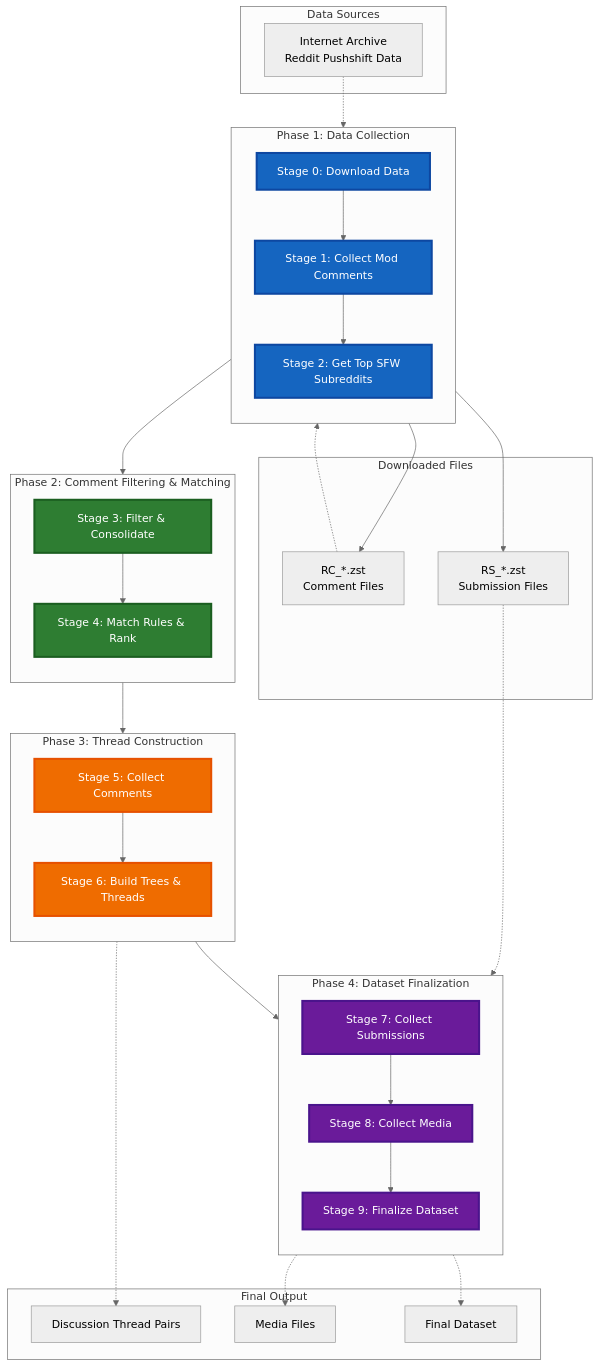
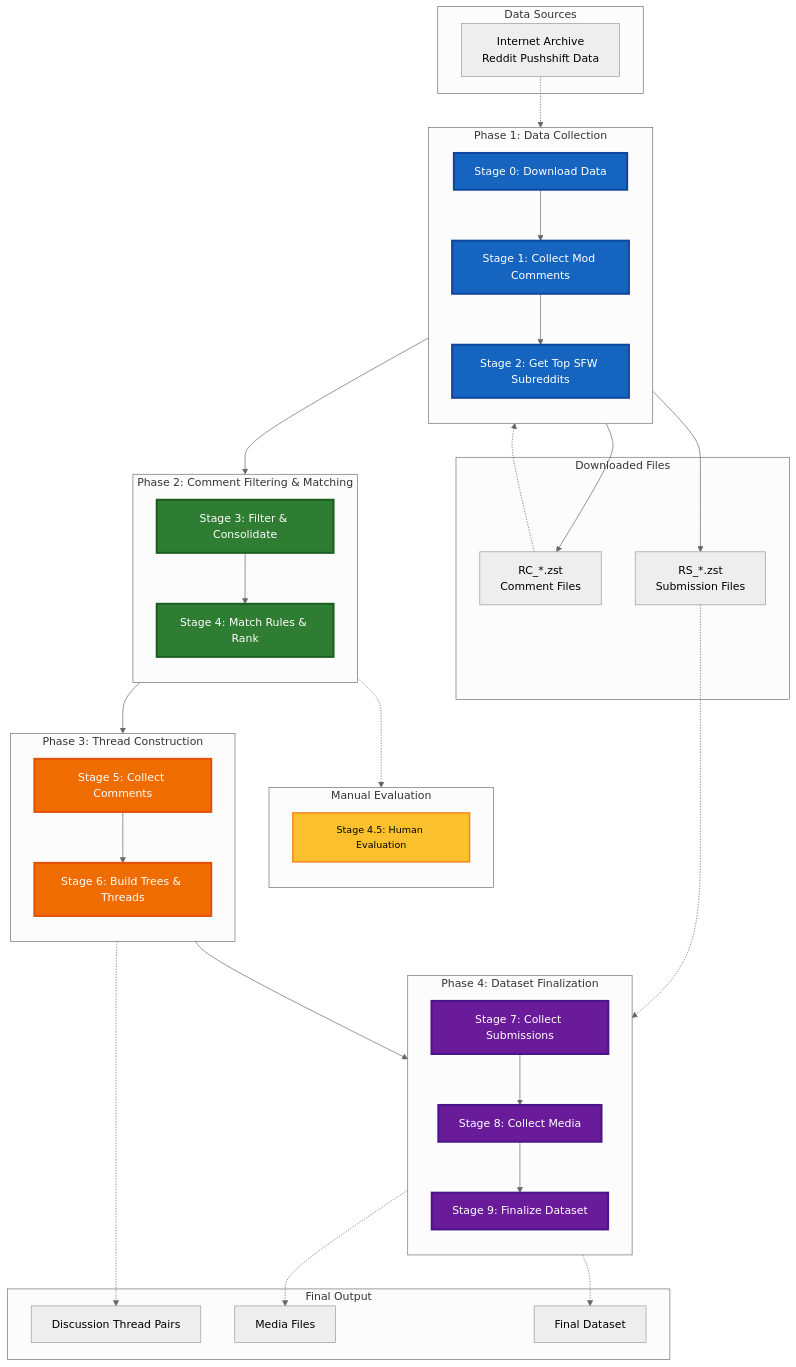
Before and after one commit to Zoher15/PluRule: the diagram in README.md, drawn with Mermaid (neutral theme). The commit also changed other lines of this file and 4 other files, not shown here.

````diff
--- a/README.md
+++ b/README.md
@@ -23,66 +23,73 @@
 ```mermaid
 flowchart TD
     subgraph P1 ["Phase&nbsp;1:&nbsp;Data&nbsp;Collection"]
         direction TB
         A[Stage 0: Download Data]:::phase1
         B[Stage 1: Collect Mod Comments]:::phase1
         C[Stage 2: Get Top SFW Subreddits]:::phase1
         A --> B --> C
     end
 
     subgraph P2 ["Phase&nbsp;2:&nbsp;Comment&nbsp;Filtering&nbsp;&&nbsp;Matching"]
         direction TB
         D[Stage 3: Filter & Consolidate]:::phase2
         E[Stage 4: Match Rules & Rank]:::phase2
         D --> E
+    end
+
+    subgraph Eval ["Manual Evaluation"]
+        direction TB
+        E1[Stage 4.5: Human Evaluation]:::eval
+        E -.-> E1
     end
 
     subgraph P3 ["Phase&nbsp;3:&nbsp;Thread&nbsp;Construction"]
         direction TB
         F[Stage 5: Collect Comments]:::phase3
         G[Stage 6: Build Trees & Threads]:::phase3
         F --> G
     end
 
     subgraph P4 ["Phase&nbsp;4:&nbsp;Dataset&nbsp;Finalization"]
         direction TB
         H[Stage 7: Collect Submissions]:::phase4
         I[Stage 8: Collect Media]:::phase4
         J[Stage 9: Finalize Dataset]:::phase4
         H --> I --> J
     end
 
     C --> D
     E --> F
     G --> H
 
     subgraph Sources ["Data Sources"]
         K[Internet Archive<br/>Reddit Pushshift Data]
     end
 
     subgraph Files ["Downloaded Files"]
         L[RC_*.zst<br/>Comment Files]
         M[RS_*.zst<br/>Submission Files]
     end
 
     subgraph Output ["Final Output"]
         N[Discussion Thread Pairs]
         O[Media Files]
         P[Final Dataset]
     end
 
     K -.-> A
     A --> L
     A --> M
     L -.-> B
     M -.-> H
     G -.-> N
     I -.-> O
     J -.-> P
 
     classDef phase1 fill:#1565c0,stroke:#0d47a1,stroke-width:3px,color:#ffffff,font-size:16px
     classDef phase2 fill:#2e7d32,stroke:#1b5e20,stroke-width:3px,color:#ffffff,font-size:16px
     classDef phase3 fill:#ef6c00,stroke:#e65100,stroke-width:3px,color:#ffffff,font-size:16px
     classDef phase4 fill:#6a1b9a,stroke:#4a148c,stroke-width:3px,color:#ffffff,font-size:16px
+    classDef eval fill:#fbc02d,stroke:#f57f17,stroke-width:2px,color:#000000,font-size:14px
     classDef default font-size:16px
 ```
````
